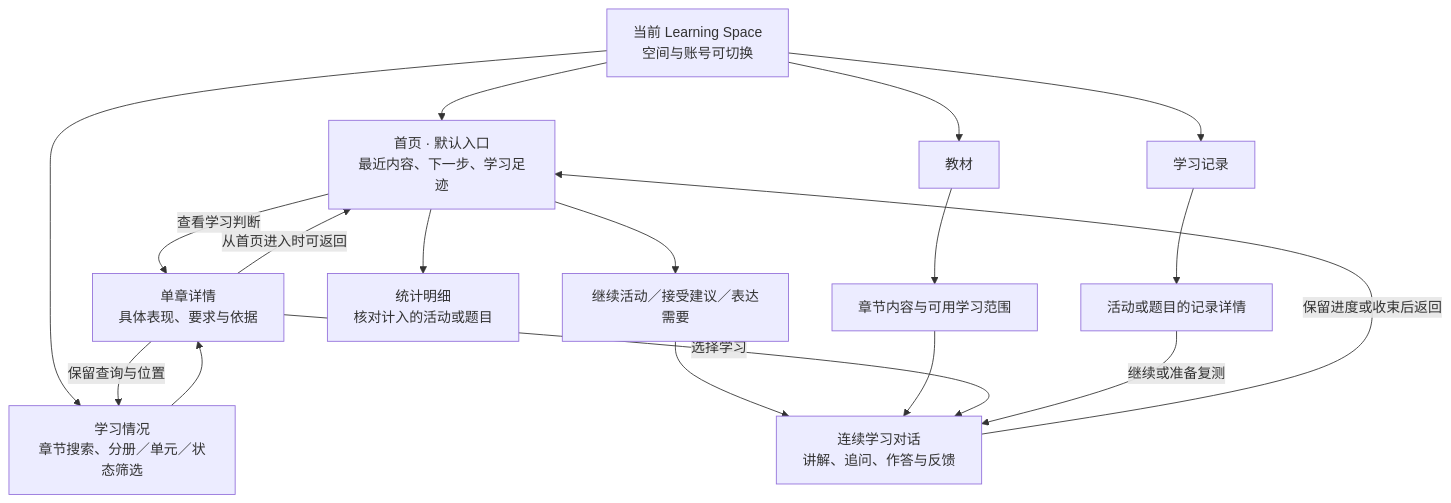
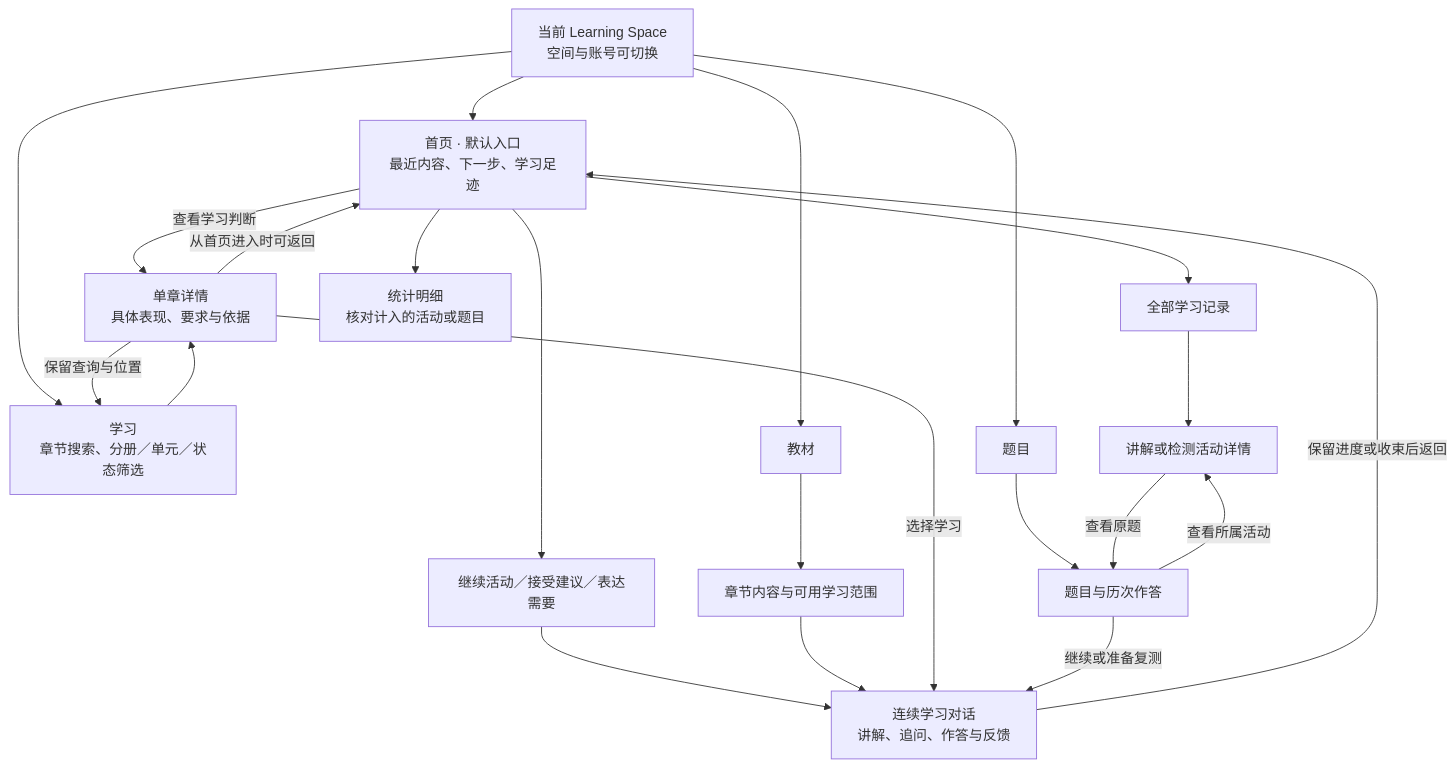
The first of 12 diagrams in doc/mvp/phase-4-product-and-domain-foundation/MVP_Product_and_Interaction_Design.md (ivgotcrazy/deermind), drawn with Mermaid before and after one commit. The commit also changed other lines of this file and 231 other files, not shown here.

````diff
--- a/doc/mvp/phase-4-product-and-domain-foundation/MVP_Product_and_Interaction_Design.md
+++ b/doc/mvp/phase-4-product-and-domain-foundation/MVP_Product_and_Interaction_Design.md
@@ -85,21 +108,25 @@
 ```mermaid
 flowchart TB
   S["当前 Learning Space<br/>空间与账号可切换"]
   S --> H["首页 · 默认入口<br/>最近内容、下一步、学习足迹"]
-  S --> L["学习情况<br/>章节搜索、分册／单元／状态筛选"]
+  S --> L["学习<br/>章节搜索、分册／单元／状态筛选"]
   S --> M[教材]
-  S --> R[学习记录]
+  S --> R[题目]
+  H --> A[全部学习记录]
   H -->|查看学习判断| B["单章详情<br/>具体表现、要求与依据"]
   L --> B
   B -->|保留查询与位置| L
   B -->|从首页进入时可返回| H
   H --> C["继续活动／接受建议／表达需要"]
   H --> N["统计明细<br/>核对计入的活动或题目"]
   M --> U["章节内容与可用学习范围"]
-  R --> D["活动或题目的记录详情"]
+  R --> D["题目与历次作答"]
+  A --> E["讲解或检测活动详情"]
+  D -->|查看所属活动| E
+  E -->|查看原题| D
   C --> W["连续学习对话<br/>讲解、追问、作答与反馈"]
   U --> W
   B -->|选择学习| W
   D -->|继续或准备复测| W
   W -->|保留进度或收束后返回| H
 ```
````
